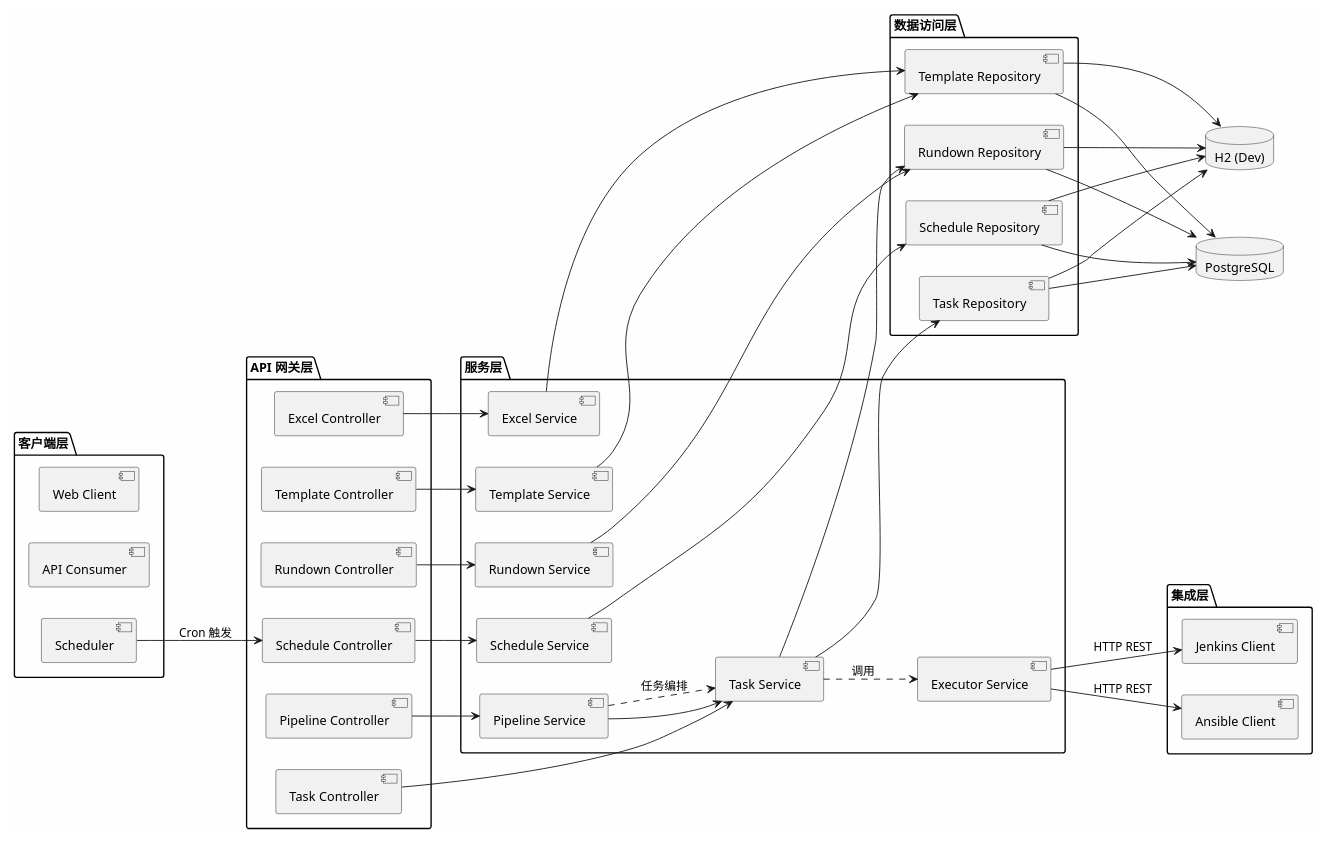
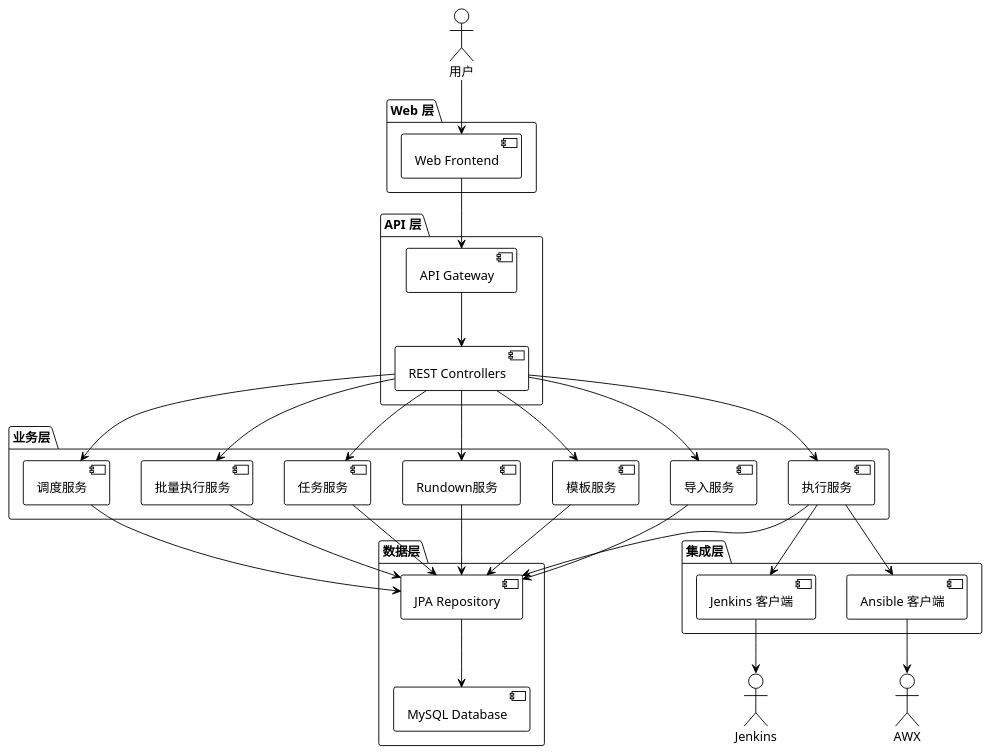
The first of 6 diagrams in sdd/architecture.md (Liu-Shihao/task-management-sys), drawn with PlantUML before and after one commit. The commit also changed other lines of this file and 56 other files, not shown here.

````diff
--- a/sdd/architecture.md
+++ b/sdd/architecture.md
@@ -86,81 +42,66 @@
 ```plantuml
 @startuml
-left to right direction
+!theme plain
 skinparam componentStyle uml2
-skinparam backgroundColor #FEFEFE
 
-package "客户端层" {
-  [Web Client] as WC
-  [API Consumer] as AC
-  [Scheduler] as SC
+actor "用户" as User
+
+package "Web 层" {
+    [Web Frontend] as Frontend
 }
 
-package "API 网关层" {
-  [Excel Controller] as EC
-  [Template Controller] as TC
-  [Rundown Controller] as RC
-  [Task Controller] as KTC
-  [Pipeline Controller] as PC
-  [Schedule Controller] as SCC
+package "API 层" {
+    [API Gateway] as APIGateway
+    [REST Controllers] as Controllers
 }
 
-package "服务层" {
-  [Excel Service] as ES
-  [Template Service] as TS
-  [Rundown Service] as RS
-  [Task Service] as KS
-  [Pipeline Service] as PS
-  [Schedule Service] as SS
-  [Executor Service] as EXS
+package "业务层" {
+    [导入服务] as ImportService
+    [模板服务] as TemplateService
+    [Rundown服务] as RundownService
+    [任务服务] as TaskService
+    [执行服务] as ExecutorService
+    [调度服务] as SchedulerService
+    [批量执行服务] as BatchService
 }
 
 package "集成层" {
-  [Jenkins Client] as JC
-  [Ansible Client] as AC2
+    [Jenkins 客户端] as JenkinsClient
+    [Ansible 客户端] as AnsibleClient
 }
 
-package "数据访问层" {
-  [Template Repository] as TR
-  [Rundown Repository] as RR
-  [Task Repository] as KR
-  [Schedule Repository] as SR
+package "数据层" {
+    [JPA Repository] as Repositories
+    [MySQL Database] as Database
 }
 
-database "PostgreSQL" as DB
-database "H2 (Dev)" as H2DB
+User --> Frontend
+Frontend --> APIGateway
+APIGateway --> Controllers
 
-' Relationships
-EC --> ES
-TC --> TS
-RC --> RS
-KTC --> KS
-PC --> PS
-SCC --> SS
+Controllers --> ImportService
+Controllers --> TemplateService
+Controllers --> RundownService
+Controllers --> TaskService
+Controllers --> ExecutorService
+Controllers --> SchedulerService
+Controllers --> BatchService
 
-ES --> TR
-TS --> TR
-RS --> RR
-KS --> KR
-PS --> KS
-KS --> RR
-SS --> SR
+ImportService --> Repositories
+TemplateService --> Repositories
+RundownService --> Repositories
+TaskService --> Repositories
+ExecutorService --> Repositories
+SchedulerService --> Repositories
+BatchService --> Repositories
 
-TR --> DB
-RR --> DB
-KR --> DB
-SR --> DB
-TR --> H2DB
-RR --> H2DB
-KR --> H2DB
-SR --> H2DB
+ExecutorService --> JenkinsClient
+ExecutorService --> AnsibleClient
 
-EXS --> JC : HTTP REST
-EXS --> AC2 : HTTP REST
+JenkinsClient --> Jenkins
+AnsibleClient --> AWX
 
-KS ..> EXS : 调用
-PS ..> KS : 任务编排
-
-SC --> SCC : Cron 触发
+Repositories --> Database
 
 @enduml
 ```
````
